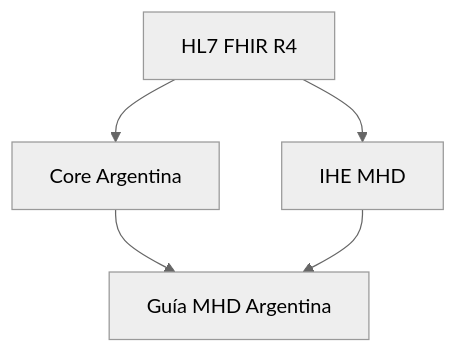
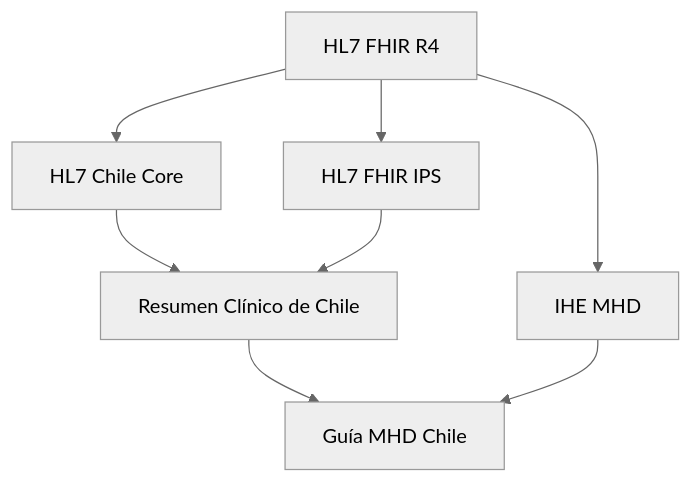
The diagram in input/pagecontent/index.md (HL7Chile/MHD-CL), drawn with Mermaid (neutral theme) before and after one commit. The commit also changed other lines of this file and 887 other files, not shown here.

````diff
--- a/input/pagecontent/index.md
+++ b/input/pagecontent/index.md
@@ -76,12 +78,17 @@
-```mermaid
-flowchart TB
+<div class="mermaid">
+graph TD
     FHIR["HL7 FHIR R4"]
-    CORE["Core Argentina"]
+    IPS["HL7 FHIR IPS"]
+    CORE["HL7 Chile Core"]
+    CLIPS["Resumen Clínico de Chile"]
     MHD["IHE MHD"]
-    LOCAL["Guía MHD Argentina"]
+    LOCAL["Guía MHD Chile"]
 
     FHIR --> CORE
+    FHIR --> IPS
     FHIR --> MHD
-    CORE --> LOCAL
+    CORE --> CLIPS
+    IPS --> CLIPS
+    CLIPS --> LOCAL
     MHD --> LOCAL
-```
+</div>
````
